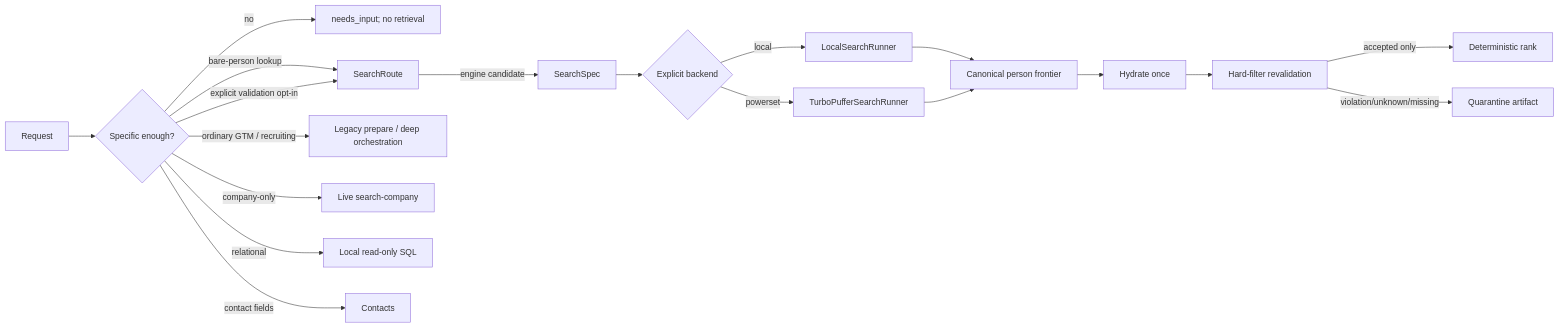
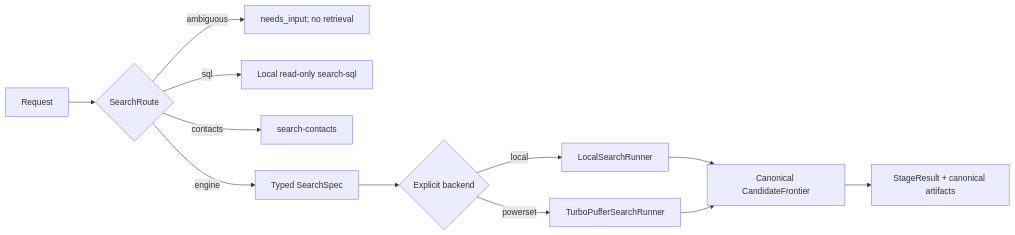
Before and after one commit to powerset-co/powerpacks: the diagram in packs/search/docs/search-architecture.md, drawn with Mermaid. The commit also changed other lines of this file and 169 other files, not shown here.

First line of the commit message:
feat(search)!: unify layered search engine

````diff
--- a/packs/search/docs/search-architecture.md
+++ b/packs/search/docs/search-architecture.md
@@ -15,21 +22,14 @@
 ```mermaid
 flowchart LR
-  Q[Request] --> A{Specific enough?}
-  A -->|no| N[needs_input; no retrieval]
-  A -->|bare-person lookup| R[SearchRoute]
-  A -->|ordinary GTM / recruiting| LEG[Legacy prepare / deep orchestration]
-  A -->|explicit validation opt-in| R[SearchRoute]
-  R -->|engine candidate| S[SearchSpec]
+  Q[Request] --> R{SearchRoute}
+  R -->|ambiguous| N[needs_input; no retrieval]
+  R -->|sql| SQL[Local read-only search-sql]
+  R -->|contacts| CT[search-contacts]
+  R -->|engine| S[Typed SearchSpec]
   S --> C{Explicit backend}
   C -->|local| L[LocalSearchRunner]
   C -->|powerset| P[TurboPufferSearchRunner]
-  L --> F[Canonical person frontier]
+  L --> F[Canonical CandidateFrontier]
   P --> F
-  F --> H[Hydrate once]
-  H --> V[Hard-filter revalidation]
-  V -->|accepted only| K[Deterministic rank]
-  V -->|violation/unknown/missing| X[Quarantine artifact]
-  A -->|company-only| CO[Live search-company]
-  A -->|relational| SQL[Local read-only SQL]
-  A -->|contact fields| CT[Contacts]
+  F --> SR[StageResult + canonical artifacts]
 ```
````
